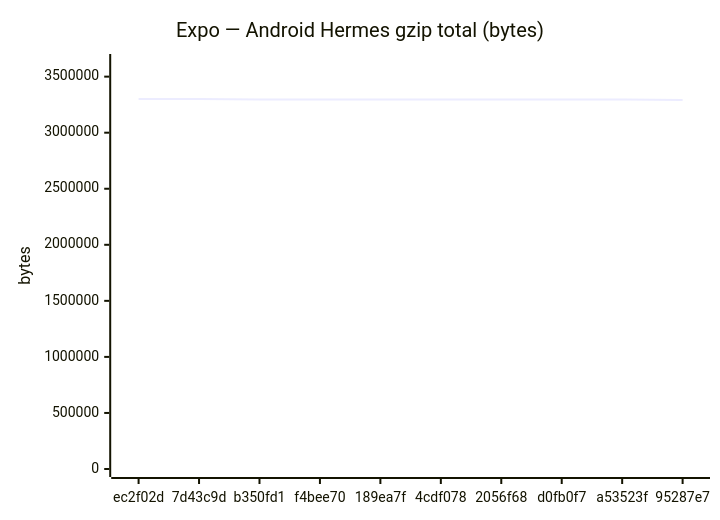
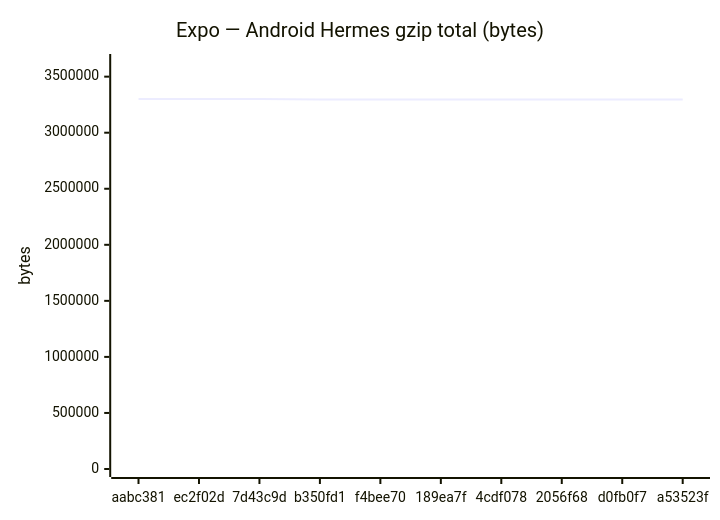
One commit to Metaheurist/Rianell changed the fifth of 18 diagrams in benchmarks/compare.md. Above: the diagram before and after it, drawn with Mermaid. The commit also changed other lines of this file and 11 other files, not shown here.

````diff
--- a/benchmarks/compare.md
+++ b/benchmarks/compare.md
@@ -89,7 +89,7 @@
 ```mermaid
 xychart-beta
     title "Expo — Android Hermes gzip total (bytes)"
-    x-axis ["ec2f02d", "7d43c9d", "b350fd1", "f4bee70", "189ea7f", "4cdf078", "2056f68", "d0fb0f7", "a53523f", "95287e7"]
-    y-axis "bytes" 0 --> 3630575
-    line [3300522, 3299950, 3296025, 3296632, 3296023, 3295973, 3295761, 3295758, 3295757, 3291461]
+    x-axis ["aabc381", "ec2f02d", "7d43c9d", "b350fd1", "f4bee70", "189ea7f", "4cdf078", "2056f68", "d0fb0f7", "a53523f"]
+    y-axis "bytes" 0 --> 3630694
+    line [3300630, 3300522, 3299950, 3296025, 3296632, 3296023, 3295973, 3295761, 3295758, 3295757]
 ```
````
